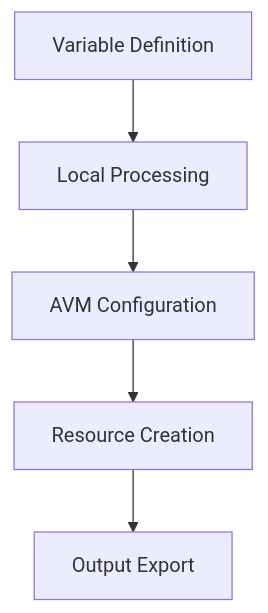
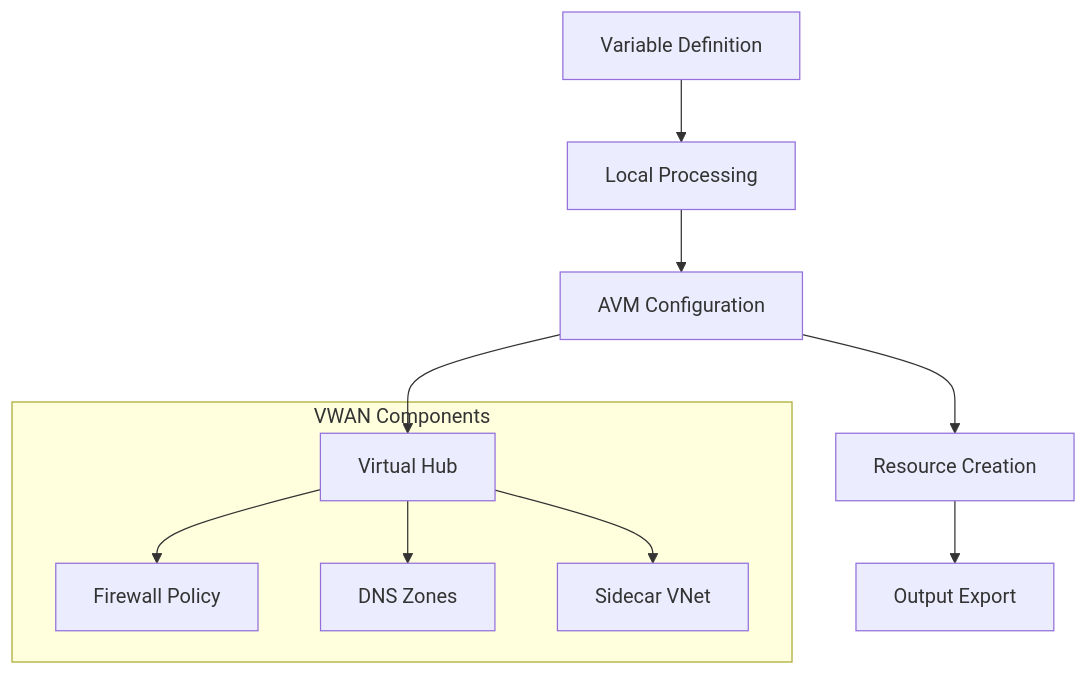
The diagram in memory-bank/activeContext.md (entee28/de-facto-azure-ldz), drawn with Mermaid before and after one commit. The commit also changed other lines of this file and 3 other files, not shown here.

````diff
--- a/memory-bank/activeContext.md
+++ b/memory-bank/activeContext.md
@@ -77,7 +110,19 @@
 ```mermaid
 graph TD
     A[Variable Definition] --> B[Local Processing]
     B --> C[AVM Configuration]
     C --> D[Resource Creation]
     D --> E[Output Export]
+
+    subgraph VWAN Components
+    F[Virtual Hub]
+    G[Firewall Policy]
+    H[DNS Zones]
+    I[Sidecar VNet]
+    end
+
+    C --> F
+    F --> G
+    F --> H
+    F --> I
 ```
````
